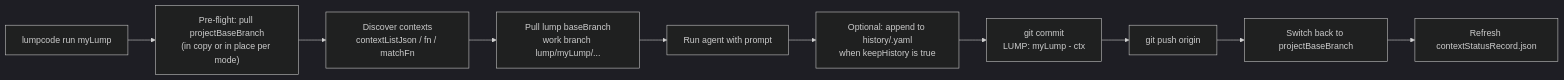
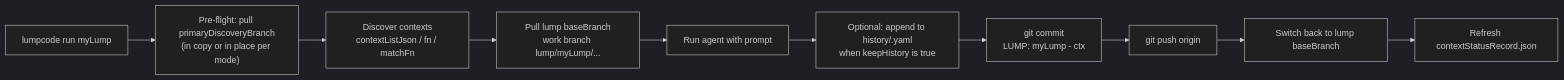
The first of 2 diagrams in packages/apps/cli/DOCS/concepts.md (lumpcode/lumpcode), drawn with Mermaid (dark theme) before and after one commit. The commit also changed other lines of this file and 55 other files, not shown here.

````diff
--- a/packages/apps/cli/DOCS/concepts.md
+++ b/packages/apps/cli/DOCS/concepts.md
@@ -63,14 +65,14 @@
 ```mermaid
 flowchart LR
   start["lumpcode run myLump"]
-  preflight["Pre-flight: pull projectBaseBranch<br/>(in copy or in place per mode)"]
+  preflight["Pre-flight: pull primaryDiscoveryBranch<br/>(in copy or in place per mode)"]
   discover["Discover contexts<br/>contextListJson / fn / matchFn"]
   checkout["Pull lump baseBranch<br/>work branch lump/myLump/..."]
   agent["Run agent with prompt"]
   history["Optional: append to history/<context>.yaml<br/>when keepHistory is true"]
   commit["git commit<br/>LUMP: myLump - ctx"]
   push["git push origin"]
   refresh["Refresh contextStatusRecord.json"]
-  back["Switch back to projectBaseBranch"]
+  back["Switch back to lump baseBranch"]
   start --> preflight --> discover --> checkout --> agent --> history --> commit --> push --> back --> refresh
 ```
````
